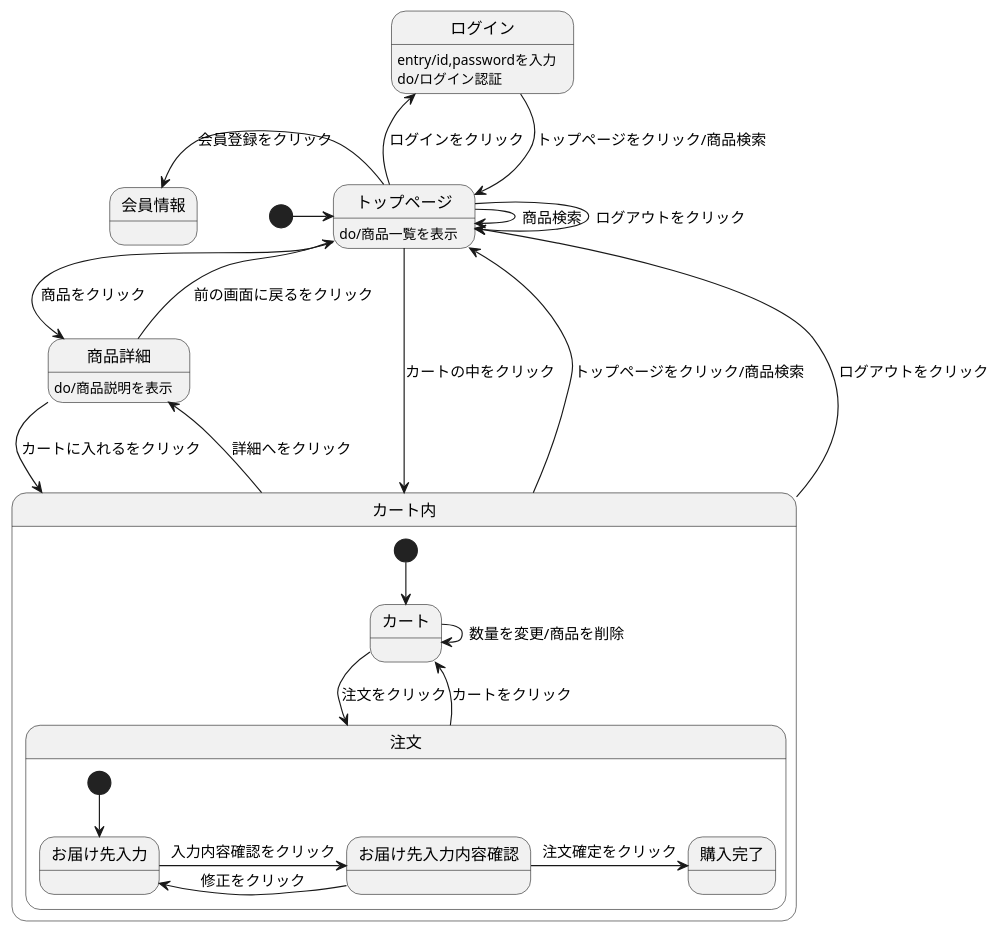
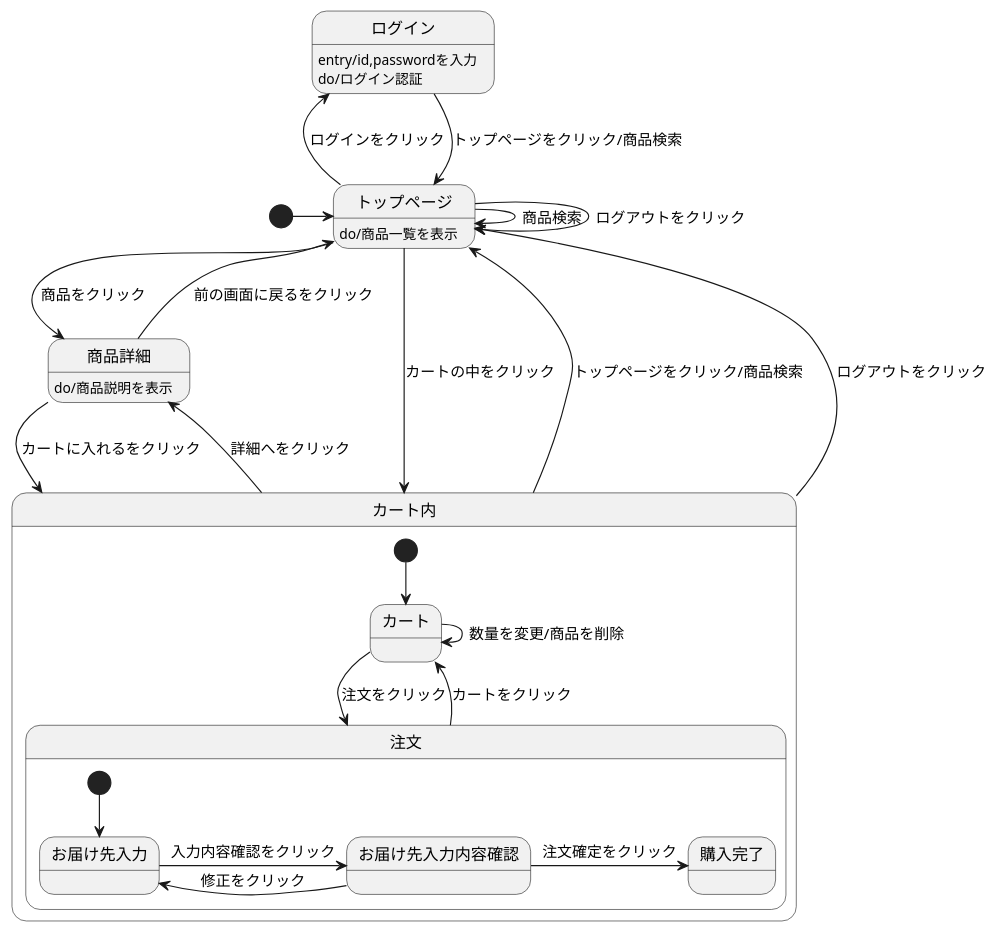
One commit to Aso2001369/2021sys-design changed the diagram in src/md/画面遷移図.md. Above: the diagram before and after it, drawn with PlantUML.

````diff
--- a/src/md/画面遷移図.md
+++ b/src/md/画面遷移図.md
@@ -1,35 +1,34 @@
 ```uml
 @startuml
 
 [*] -> トップページ
 ログイン --> トップページ : トップページをクリック/商品検索
 ログイン : entry/id,passwordを入力
 ログイン : do/ログイン認証
 トップページ --> トップページ : ログアウトをクリック
 トップページ -> トップページ : 商品検索
 トップページ -> 商品詳細 : 商品をクリック
-トップページ -left-> 会員情報 : 会員登録をクリック
 トップページ -left-> ログイン : ログインをクリック
 トップページ --> カート内 : カートの中をクリック
 トップページ : do/商品一覧を表示
 商品詳細 --> カート内 : カートに入れるをクリック
 商品詳細 --> トップページ : 前の画面に戻るをクリック
 商品詳細 : do/商品説明を表示
 カート内 -up-> トップページ : トップページをクリック/商品検索
 カート内 -up-> トップページ : ログアウトをクリック
 カート内 -> 商品詳細 : 詳細へをクリック
 
 state カート内 {
   [*] --> カート
   カート -> 注文 : 注文をクリック
   カート -> カート : 数量を変更/商品を削除
   注文 --> カート : カートをクリック
   state 注文 {
     [*] --> お届け先入力
     お届け先入力 -> お届け先入力内容確認 : 入力内容確認をクリック
     お届け先入力内容確認 -> お届け先入力 : 修正をクリック
     お届け先入力内容確認 -> 購入完了 : 注文確定をクリック
   }
  }
 @enduml
 ```
````
